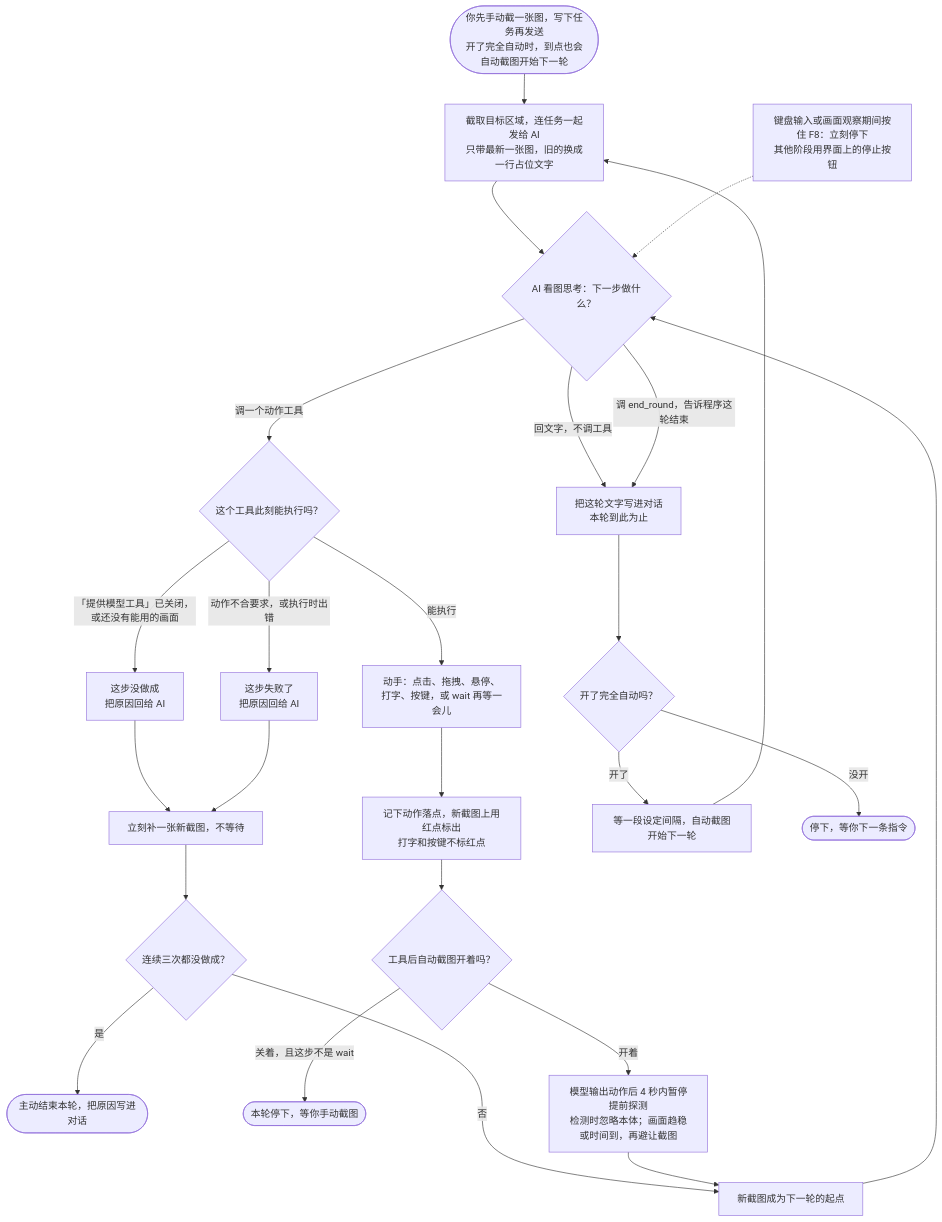
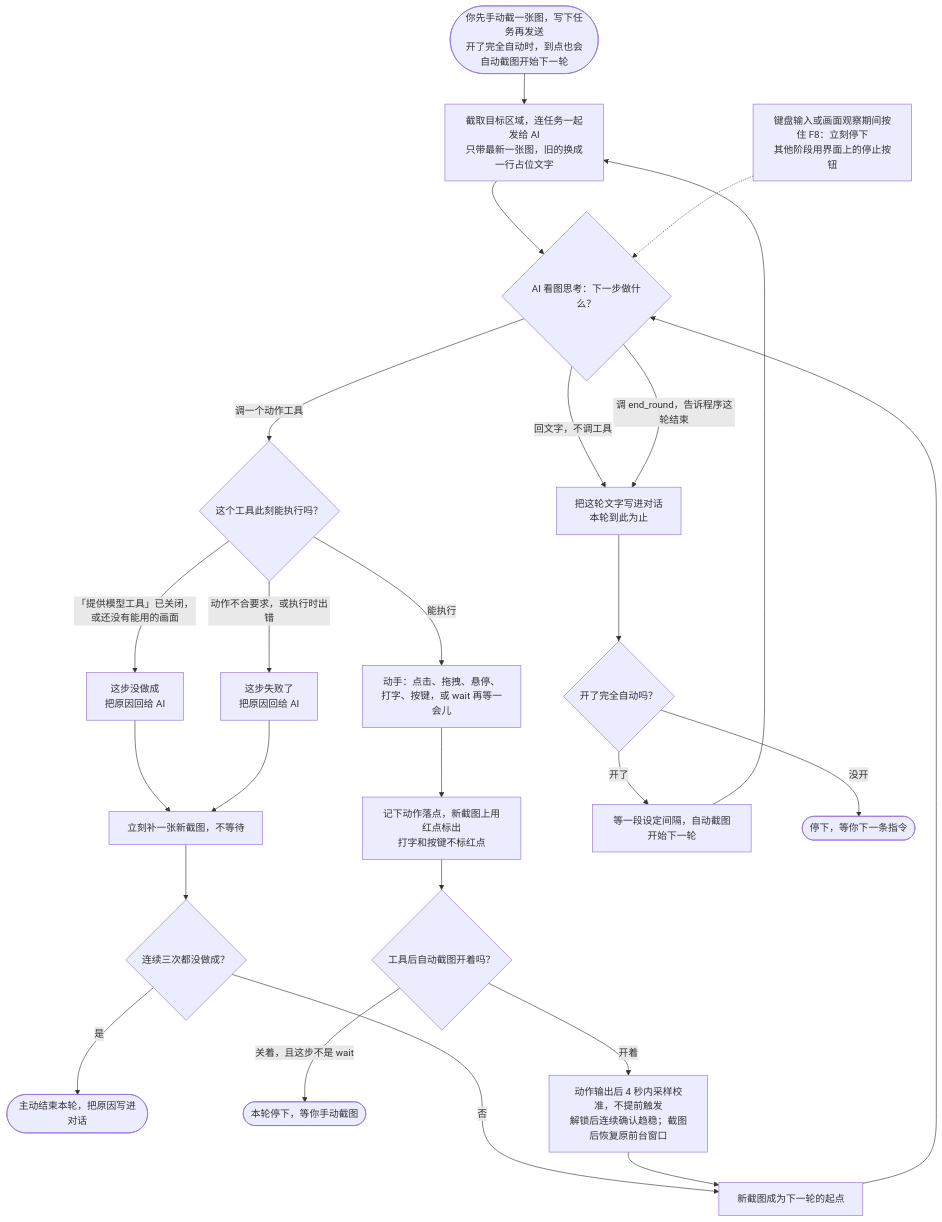
Before and after one commit to s11IM/VLM_Screenshot_Action: the diagram in README.md, drawn with Mermaid. The commit also changed other lines of this file and 15 other files, not shown here.

````diff
--- a/README.md
+++ b/README.md
@@ -62,26 +62,26 @@
 ```mermaid
 flowchart TD
     A([你先手动截一张图，写下任务再发送<br/>开了完全自动时，到点也会自动截图开始下一轮]) --> B[截取目标区域，连任务一起发给 AI<br/>只带最新一张图，旧的换成一行占位文字]
     B --> C{AI 看图思考：下一步做什么？}
     C -- 回文字，不调工具 --> R[把这轮文字写进对话<br/>本轮到此为止]
     C -- 调 end_round，告诉程序这轮结束 --> R
     C -- 调一个动作工具 --> D{这个工具此刻能执行吗？}
     D -- 「提供模型工具」已关闭，或还没有能用的画面 --> D2[这步没做成<br/>把原因回给 AI]
     D -- 动作不合要求，或执行时出错 --> D3[这步失败了<br/>把原因回给 AI]
     D2 --> I2[立刻补一张新截图，不等待]
     D3 --> I2
     I2 --> I3{连续三次都没做成？}
     I3 -- 是 --> I4([主动结束本轮，把原因写进对话])
     I3 -- 否 --> J
     D -- 能执行 --> E[动手：点击、拖拽、悬停、打字、按键，或 wait 再等一会儿]
     E --> E2[记下动作落点，新截图上用红点标出<br/>打字和按键不标红点]
     E2 --> H{工具后自动截图开着吗？}
     H -- 关着，且这步不是 wait --> H2([本轮停下，等你手动截图])
-    H -- 开着 --> I[模型输出动作后 4 秒内暂停提前探测<br/>检测时忽略本体；画面趋稳或时间到，再避让截图]
+    H -- 开着 --> I[动作输出后 4 秒内采样校准，不提前触发<br/>解锁后连续确认趋稳；截图后恢复原前台窗口]
     I --> J[新截图成为下一轮的起点]
     J --> C
     R --> K{开了完全自动吗？}
     K -- 开了 --> L[等一段设定间隔，自动截图开始下一轮] --> B
     K -- 没开 --> M([停下，等你下一条指令])
     N[键盘输入或画面观察期间按住 F8：立刻停下<br/>其他阶段用界面上的停止按钮] -.-> C
 ```
````
